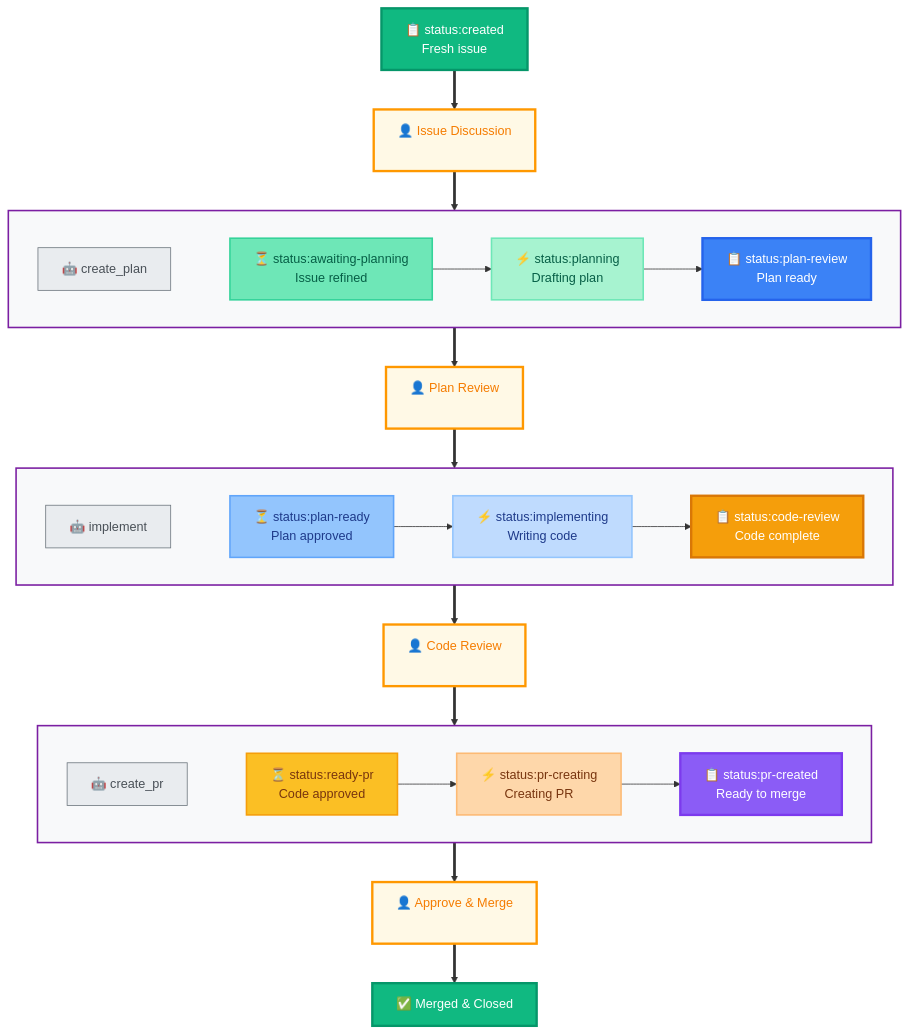
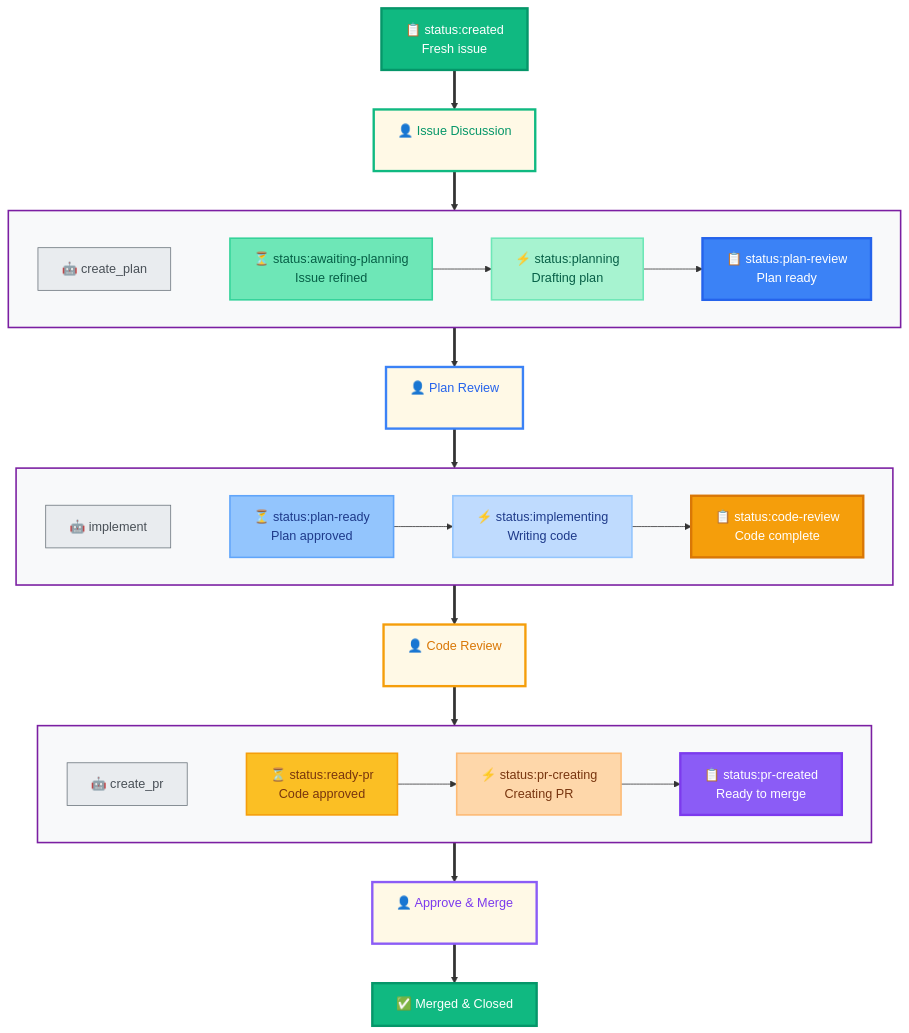
The first of 8 diagrams in pr_info/DEVELOPMENT_PROCESS.md (MarcusJellinghaus/mcp_coder), drawn with Mermaid before and after one commit.

Commit message:
updated colourcoding

```diff
--- a/pr_info/DEVELOPMENT_PROCESS.md
+++ b/pr_info/DEVELOPMENT_PROCESS.md
@@ -67,7 +67,10 @@
     classDef statusPrCreated fill:#8b5cf6,stroke:#7c3aed,stroke-width:3px,color:#ffffff
     classDef done fill:#10b981,stroke:#059669,stroke-width:3px,color:#ffffff
     
-    classDef humanAction fill:#fff9e6,stroke:#ff9800,stroke-width:3px,color:#f57c00
+    classDef humanActionCreated fill:#fff9e6,stroke:#10b981,stroke-width:3px,color:#059669
+    classDef humanActionPlanReview fill:#fff9e6,stroke:#3b82f6,stroke-width:3px,color:#2563eb
+    classDef humanActionCodeReview fill:#fff9e6,stroke:#f59e0b,stroke-width:3px,color:#d97706
+    classDef humanActionPrCreated fill:#fff9e6,stroke:#8b5cf6,stroke-width:3px,color:#7c3aed
     
     classDef statusAwaitingPlanning fill:#6ee7b7,stroke:#34d399,stroke-width:2px,color:#065f46
     classDef statusPlanReady fill:#93c5fd,stroke:#60a5fa,stroke-width:2px,color:#1e3a8a
@@ -86,7 +89,10 @@
     class S10 statusPrCreated
     class S11 done
     
-    class H1,H2,H3,H4 humanAction
+    class H1 humanActionCreated
+    class H2 humanActionPlanReview
+    class H3 humanActionCodeReview
+    class H4 humanActionPrCreated
     
     class S2 statusAwaitingPlanning
     class S5 statusPlanReady
```
